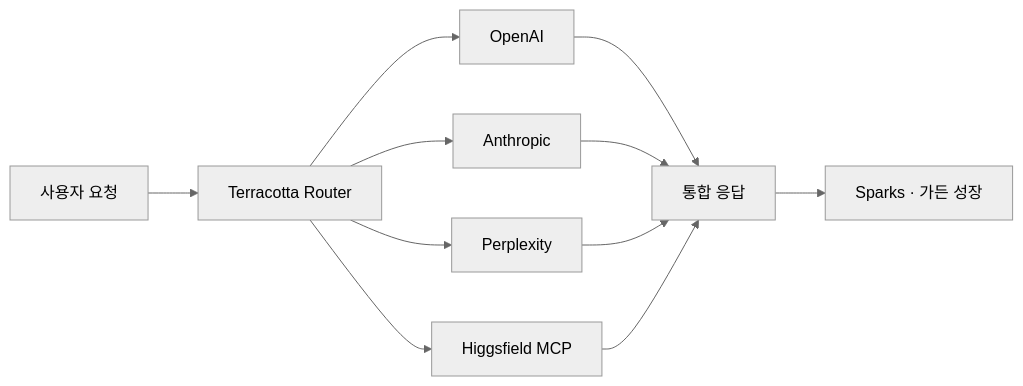
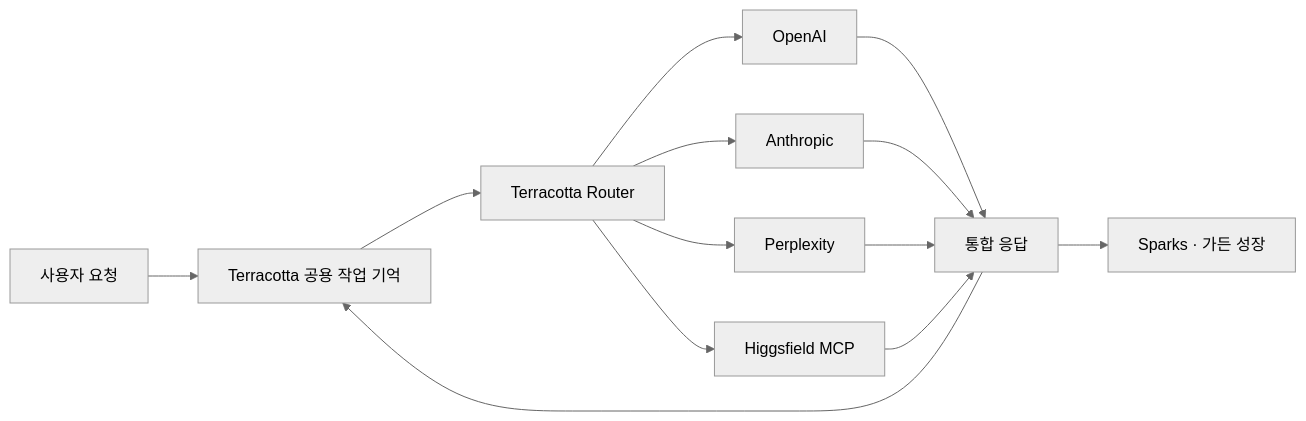
The diagram in README.md (hyunaeee/terracotta), drawn with Mermaid (neutral theme) before and after one commit. The commit also changed other lines of this file and 11 other files, not shown here.

````diff
--- a/README.md
+++ b/README.md
@@ -47,13 +48,15 @@
 ```mermaid
 flowchart LR
-  U["사용자 요청"] --> R["Terracotta Router"]
+  U["사용자 요청"] --> M["Terracotta 공용 작업 기억"]
+  M --> R["Terracotta Router"]
   R --> O["OpenAI"]
   R --> A["Anthropic"]
   R --> P["Perplexity"]
   R --> H["Higgsfield MCP"]
   O --> C["통합 응답"]
   A --> C
   P --> C
   H --> C
+  C --> M
   C --> S["Sparks · 가든 성장"]
 ```
````
